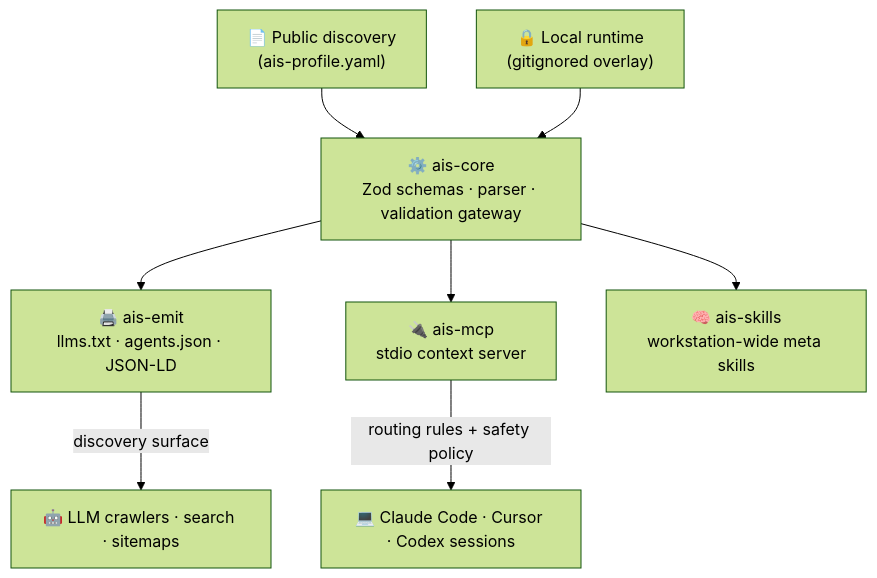
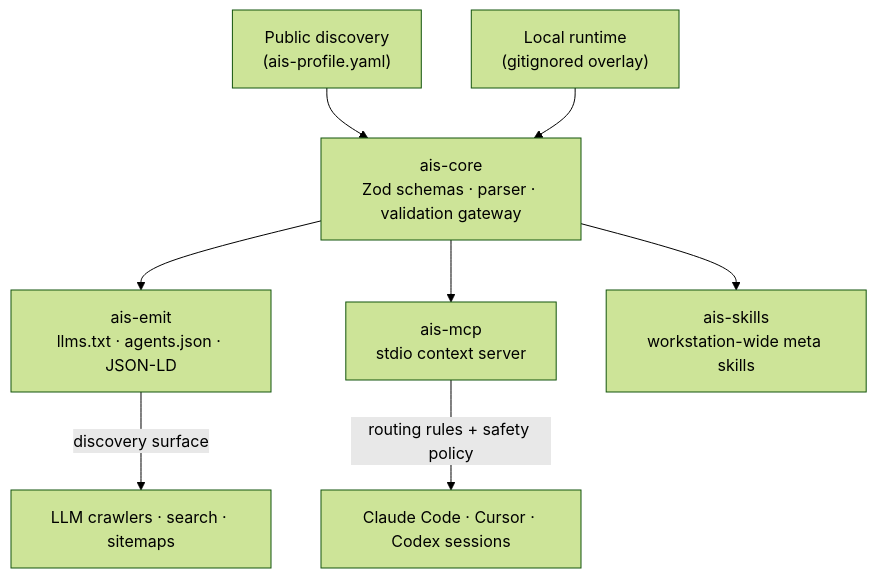
Before and after one commit to frankxai/agentic-intelligence-system: the diagram in README.md, drawn with Mermaid (forest theme). The commit also changed other lines of this file and 10 other files, not shown here.

````diff
--- a/README.md
+++ b/README.md
@@ -41,17 +40,17 @@
 ```mermaid
 flowchart TB
-    Profile["📄 Public discovery<br/>(ais-profile.yaml)"]
-    Runtime["🔒 Local runtime<br/>(gitignored overlay)"]
-    Core["⚙️ ais-core<br/>Zod schemas · parser · validation gateway"]
-    Emit["🖨️ ais-emit<br/>llms.txt · agents.json · JSON-LD"]
-    MCP["🔌 ais-mcp<br/>stdio context server"]
-    Skills["🧠 ais-skills<br/>workstation-wide meta skills"]
+    Profile["Public discovery<br/>(ais-profile.yaml)"]
+    Runtime["Local runtime<br/>(gitignored overlay)"]
+    Core["ais-core<br/>Zod schemas · parser · validation gateway"]
+    Emit["ais-emit<br/>llms.txt · agents.json · JSON-LD"]
+    MCP["ais-mcp<br/>stdio context server"]
+    Skills["ais-skills<br/>workstation-wide meta skills"]
 
     Profile --> Core
     Core --> Emit
     Runtime --> Core
     Core --> MCP
     Core --> Skills
-    Emit -->|discovery surface| Bots["🤖 LLM crawlers · search · sitemaps"]
-    MCP -->|routing rules + safety policy| Terminal["💻 Claude Code · Cursor · Codex sessions"]
+    Emit -->|discovery surface| Bots["LLM crawlers · search · sitemaps"]
+    MCP -->|routing rules + safety policy| Terminal["Claude Code · Cursor · Codex sessions"]
 ```
````
